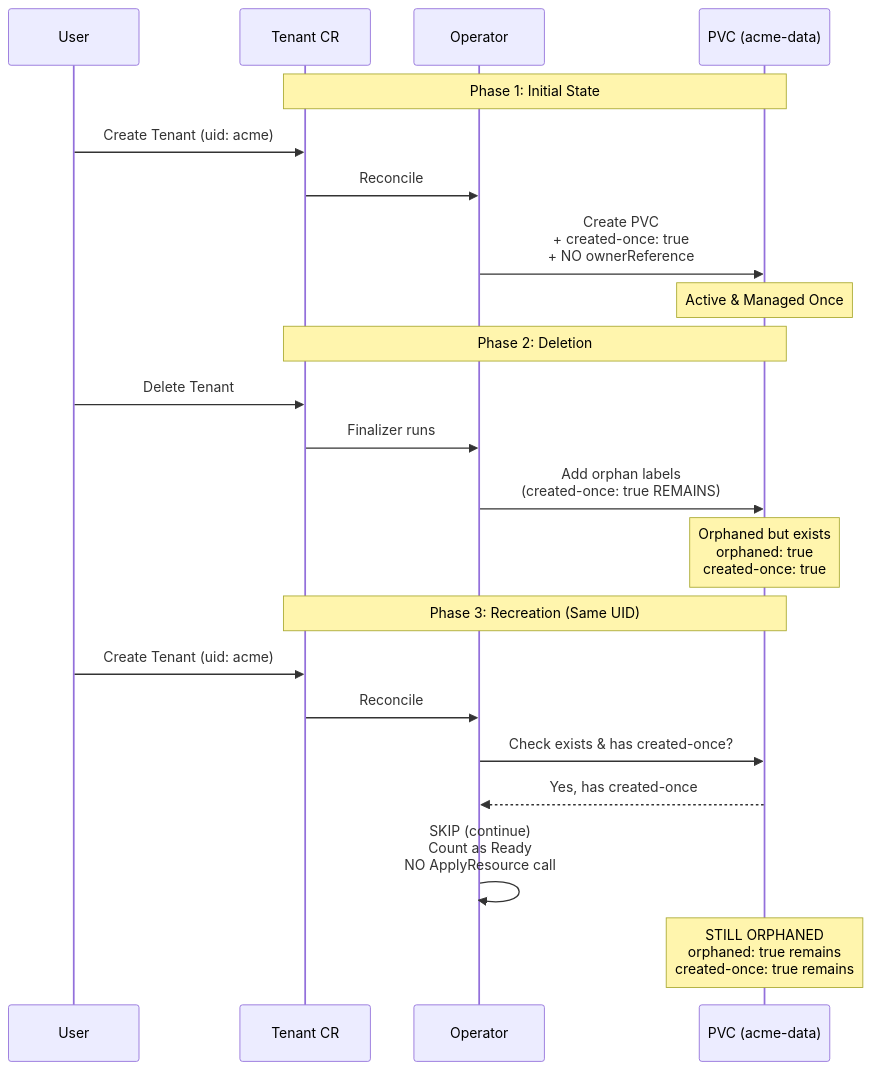
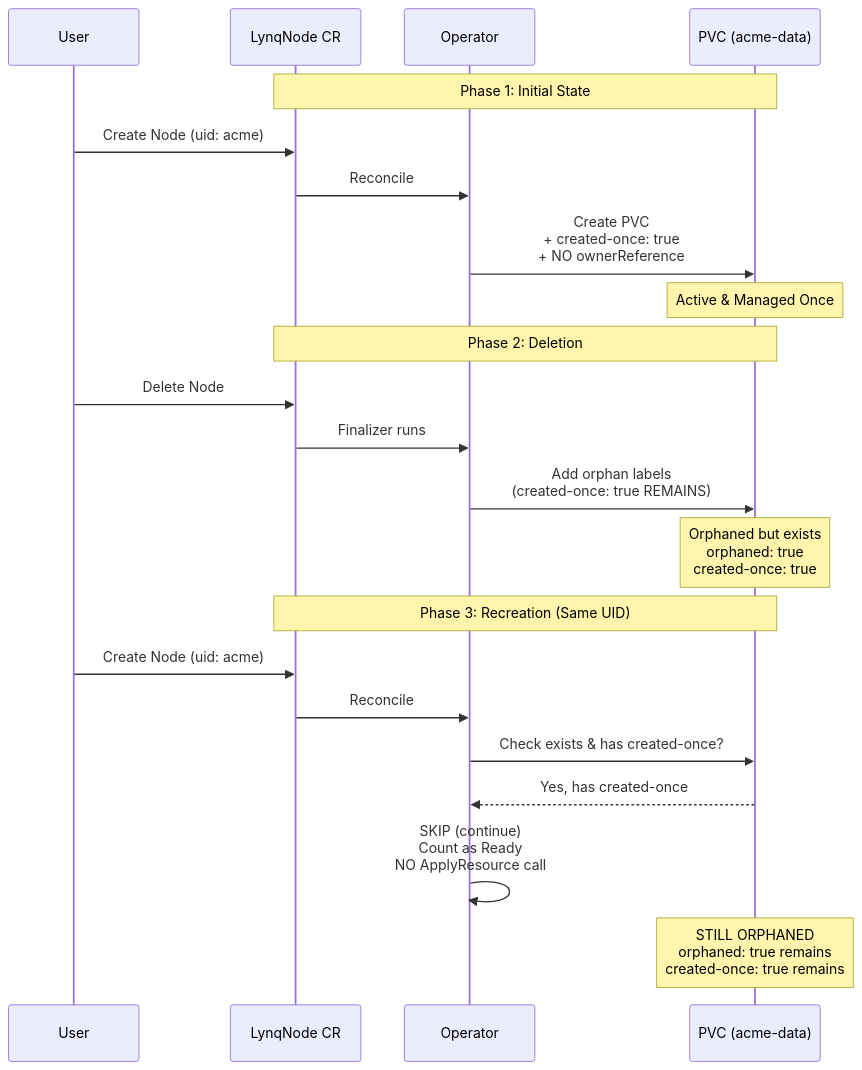
One commit to kubernetes-tenants/tenant-operator changed the second of 7 diagrams in docs/policies-examples.md. Above: the diagram before and after it, drawn with Mermaid. The commit also changed other lines of this file and 203 other files, not shown here.

First line of the commit message:
refactor: Complete rename from tenant-operator to lynq

````diff
--- a/docs/policies-examples.md
+++ b/docs/policies-examples.md
@@ -119,27 +119,27 @@
 ```mermaid
 sequenceDiagram
     participant User
-    participant Tenant as Tenant CR
+    participant Node as LynqNode CR
     participant Operator
     participant PVC as PVC (acme-data)
 
-    Note over Tenant,PVC: Phase 1: Initial State
-    User->>Tenant: Create Tenant (uid: acme)
-    Tenant->>Operator: Reconcile
+    Note over Node,PVC: Phase 1: Initial State
+    User->>Node: Create Node (uid: acme)
+    Node->>Operator: Reconcile
     Operator->>PVC: Create PVC<br/>+ created-once: true<br/>+ NO ownerReference
     Note over PVC: Active & Managed Once
 
-    Note over Tenant,PVC: Phase 2: Deletion
-    User->>Tenant: Delete Tenant
-    Tenant->>Operator: Finalizer runs
+    Note over Node,PVC: Phase 2: Deletion
+    User->>Node: Delete Node
+    Node->>Operator: Finalizer runs
     Operator->>PVC: Add orphan labels<br/>(created-once: true REMAINS)
     Note over PVC: Orphaned but exists<br/>orphaned: true<br/>created-once: true
 
-    Note over Tenant,PVC: Phase 3: Recreation (Same UID)
-    User->>Tenant: Create Tenant (uid: acme)
-    Tenant->>Operator: Reconcile
+    Note over Node,PVC: Phase 3: Recreation (Same UID)
+    User->>Node: Create Node (uid: acme)
+    Node->>Operator: Reconcile
     Operator->>PVC: Check exists & has created-once?
     PVC-->>Operator: Yes, has created-once
     Operator->>Operator: SKIP (continue)<br/>Count as Ready<br/>NO ApplyResource call
     Note over PVC: STILL ORPHANED<br/>orphaned: true remains<br/>created-once: true remains
 ```
````
